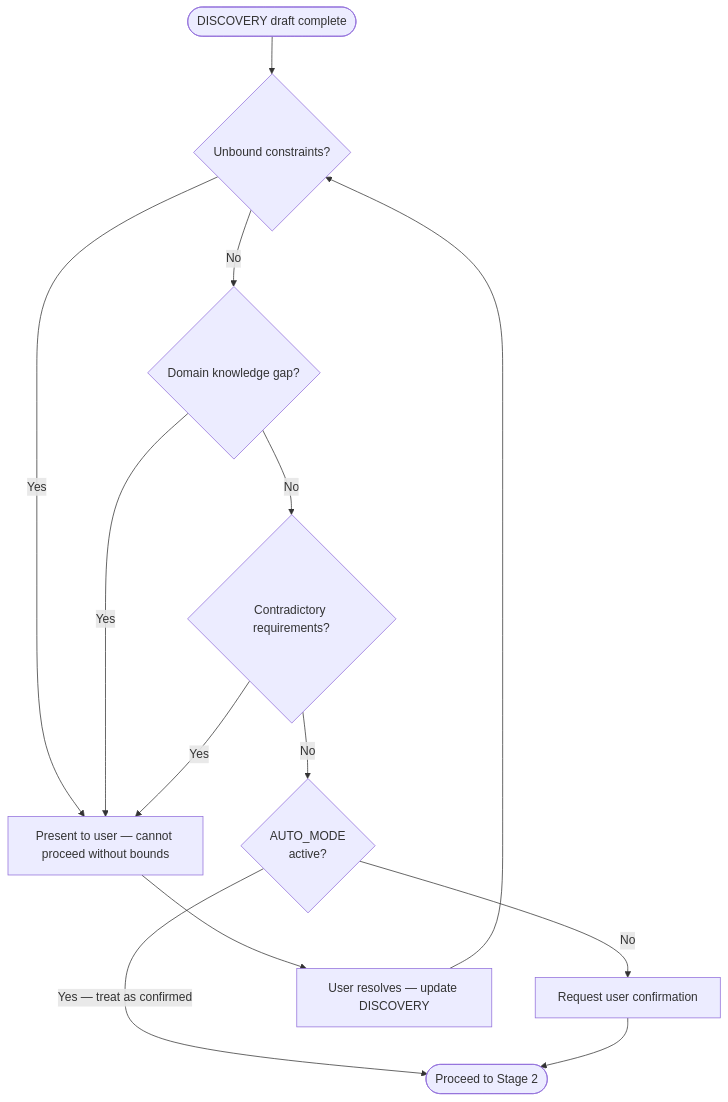
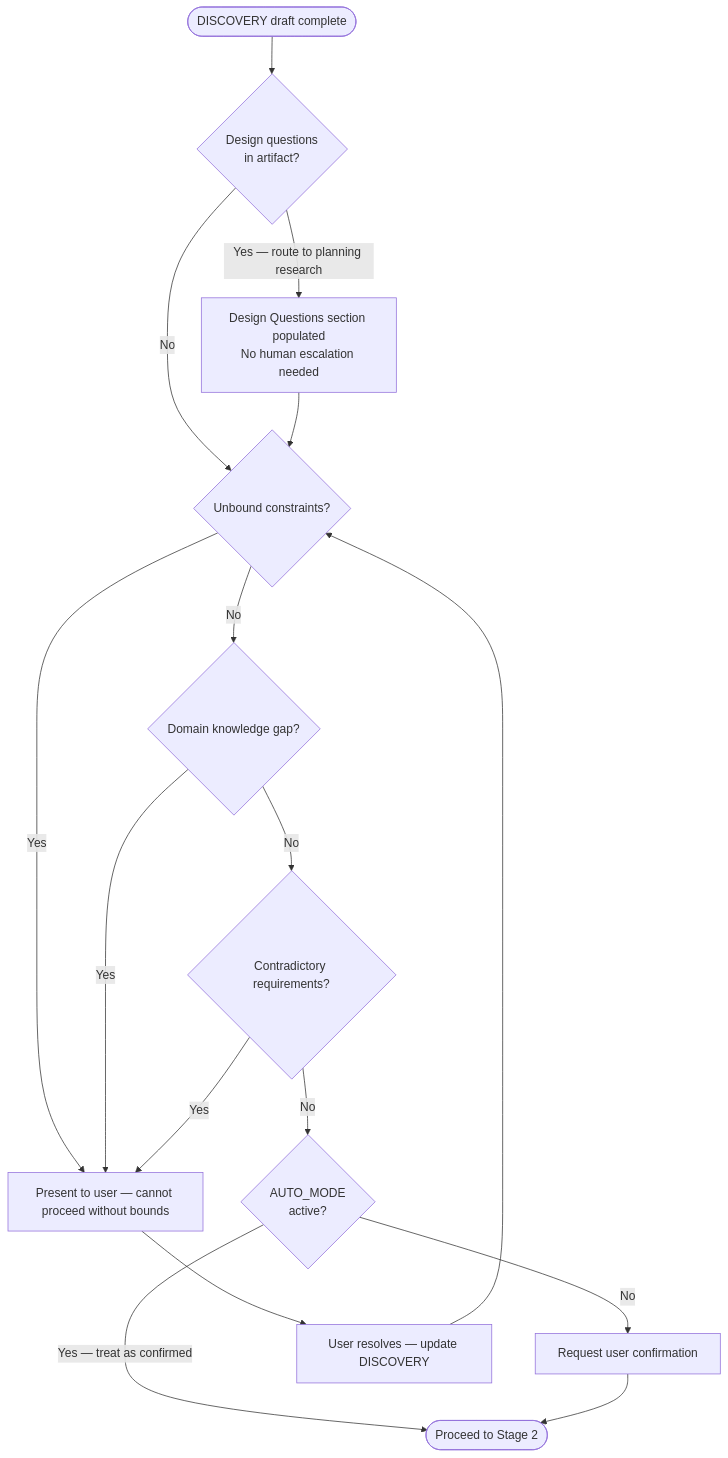
The second of 2 diagrams in plugins/development-harness/skills/discovery/SKILL.md (Jamie-BitFlight/claude_skills), drawn with Mermaid before and after one commit. The commit also changed other lines of this file and 1 other file, not shown here.

First line of the commit message:
fix(discovery): close HOW-creep structural gaps in discovery skill and feature-researcher

````diff
--- a/plugins/development-harness/skills/discovery/SKILL.md
+++ b/plugins/development-harness/skills/discovery/SKILL.md
@@ -175,15 +192,18 @@
 ```mermaid
 flowchart TD
-    Draft([DISCOVERY draft complete]) --> Q1{Unbound constraints?}
+    Draft([DISCOVERY draft complete]) --> QDQ{Design questions<br>in artifact?}
+    QDQ -->|Yes — route to planning research| PlanRoute[Design Questions section populated<br>No human escalation needed]
+    QDQ -->|No| Q1{Unbound constraints?}
+    PlanRoute --> Q1
     Q1 -->|Yes| Escalate[Present to user — cannot proceed without bounds]
     Q1 -->|No| Q2{Domain knowledge gap?}
     Q2 -->|Yes| Escalate
     Q2 -->|No| Q3{Contradictory requirements?}
     Q3 -->|Yes| Escalate
     Q3 -->|No| AutoCheck{AUTO_MODE<br>active?}
     AutoCheck -->|Yes — treat as confirmed| Done([Proceed to Stage 2])
     AutoCheck -->|No| Confirm[Request user confirmation]
     Confirm --> Done
     Escalate --> Resolve[User resolves — update DISCOVERY]
     Resolve --> Q1
 ```
````
